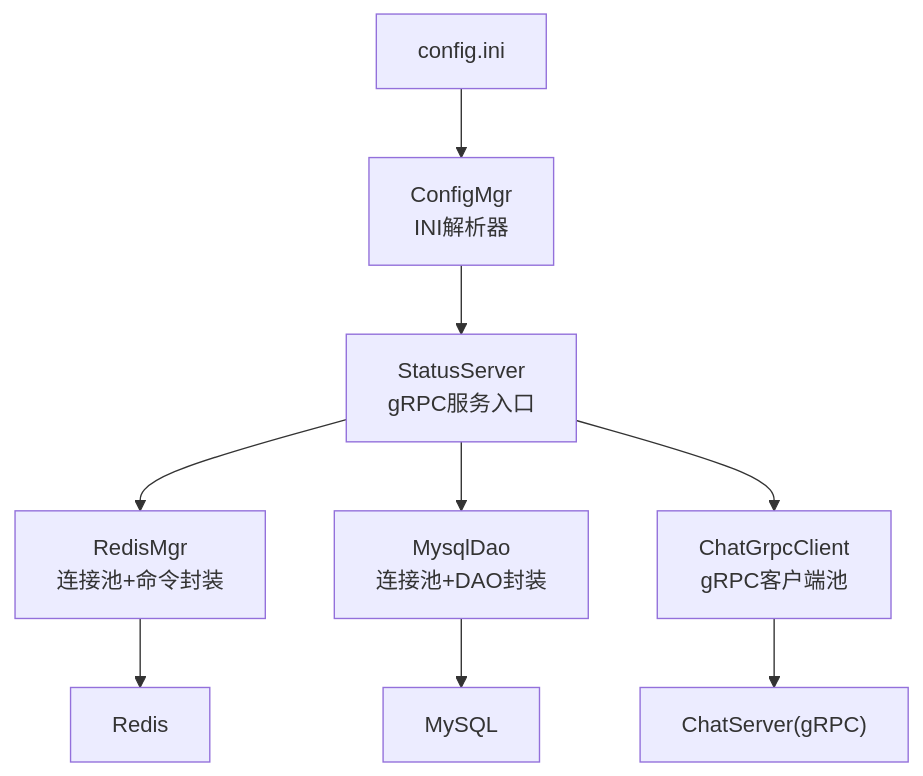
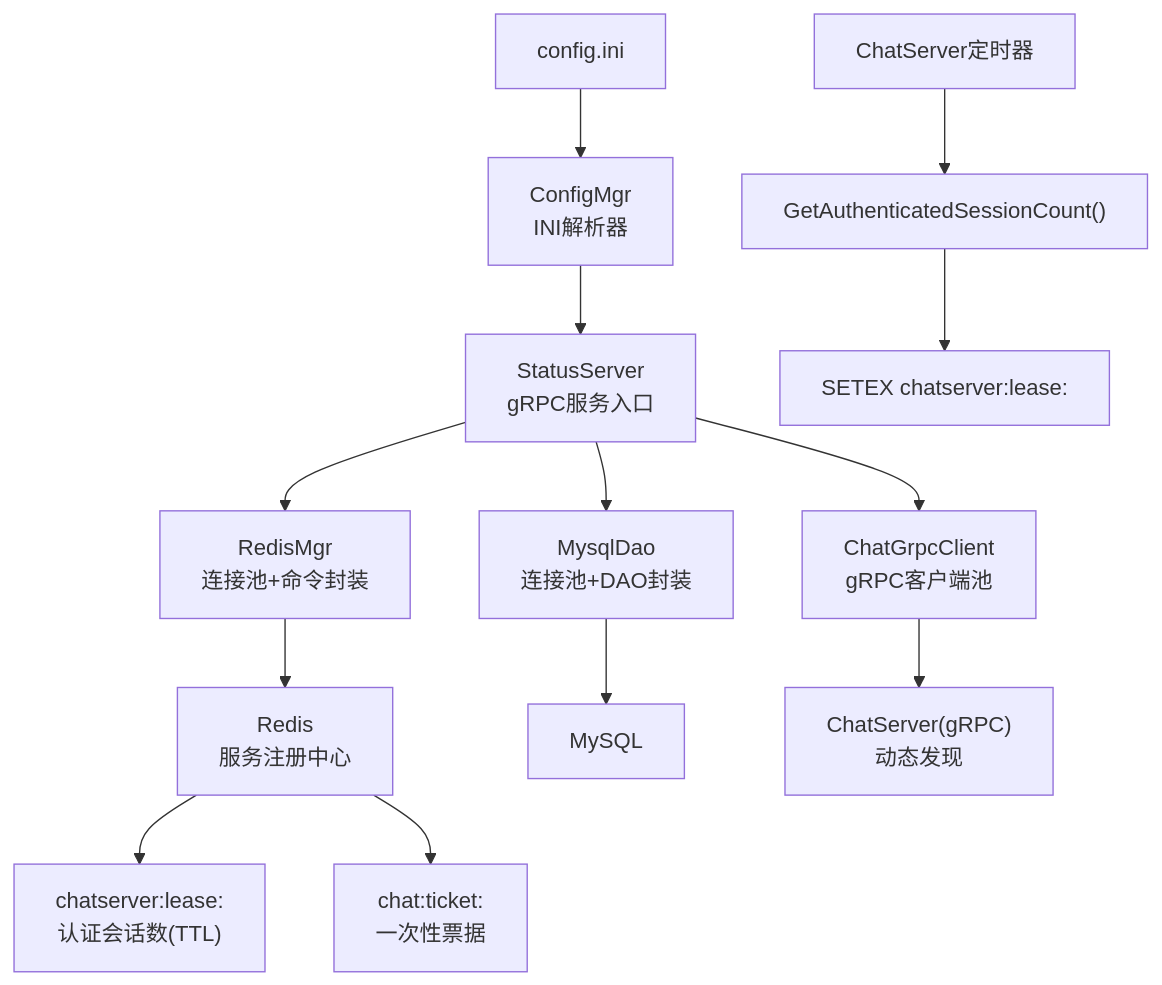
The first of 4 diagrams in .qoder/repowiki/zh/content/部署运维/服务部署/服务配置/StatusServer状态服务配置.md (echo9923/mychatter), drawn with Mermaid before and after one commit. The commit also changed other lines of this file and 107 other files, not shown here.

````diff
--- a/.qoder/repowiki/zh/content/部署运维/服务部署/服务配置/StatusServer状态服务配置.md
+++ b/.qoder/repowiki/zh/content/部署运维/服务部署/服务配置/StatusServer状态服务配置.md
@@ -37,11 +53,15 @@
 ```mermaid
 graph TB
 A["config.ini"] --> B["ConfigMgr<br/>INI解析器"]
 B --> C["StatusServer<br/>gRPC服务入口"]
 C --> D["RedisMgr<br/>连接池+命令封装"]
 C --> E["MysqlDao<br/>连接池+DAO封装"]
 C --> F["ChatGrpcClient<br/>gRPC客户端池"]
-D --> G["Redis"]
+D --> G["Redis<br/>服务注册中心"]
 E --> H["MySQL"]
-F --> I["ChatServer(gRPC)"]
+F --> I["ChatServer(gRPC)<br/>动态发现"]
+G --> J["chatserver:lease:<name><br/>认证会话数(TTL)"]
+G --> K["chat:ticket:<uuid><br/>一次性票据"]
+L["ChatServer定时器"] --> M["GetAuthenticatedSessionCount()"]
+M --> N["SETEX chatserver:lease:<name>"]
 ```
````
